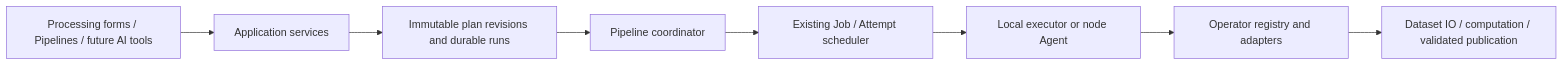
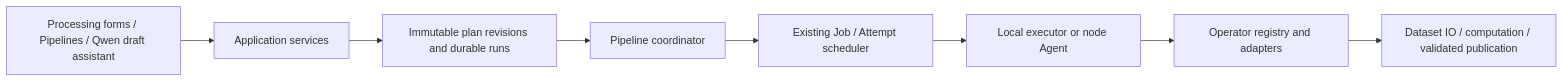
Before and after one commit to Beaconsyh08/data_platform: the diagram in docs/data_platform_operators.md, drawn with Mermaid. The commit also changed other lines of this file and 22 other files, not shown here.

Commit message:
feat(platform): add scoped Qwen pipeline draft assistant

````diff
--- a/docs/data_platform_operators.md
+++ b/docs/data_platform_operators.md
@@ -19,10 +19,10 @@
 ```mermaid
 flowchart LR
-    UI[Processing forms / Pipelines / future AI tools] --> API[Application services]
+    UI[Processing forms / Pipelines / Qwen draft assistant] --> API[Application services]
     API --> DB[Immutable plan revisions and durable runs]
     DB --> C[Pipeline coordinator]
     C --> J[Existing Job / Attempt scheduler]
     J --> A[Local executor or node Agent]
     A --> O[Operator registry and adapters]
     O --> P[Dataset IO / computation / validated publication]
 ```
````
